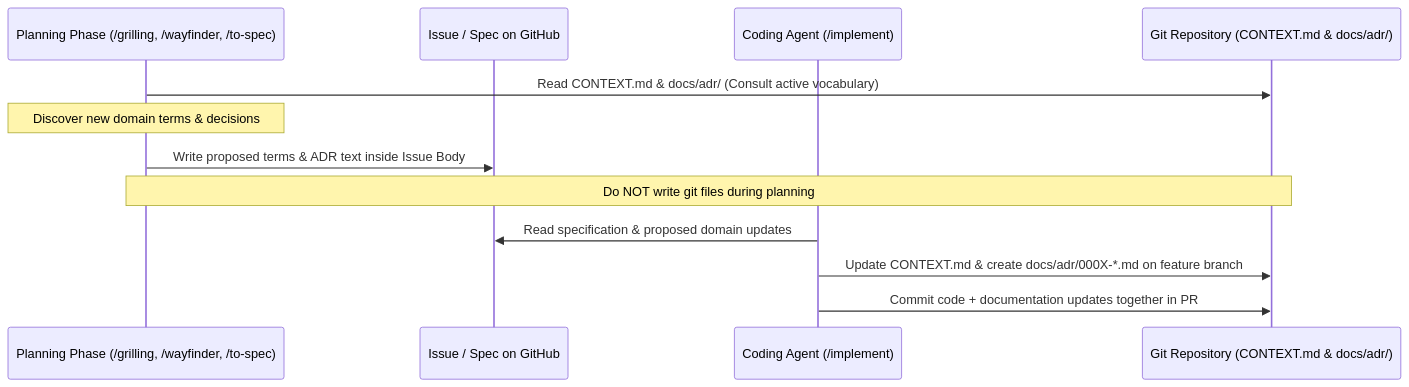
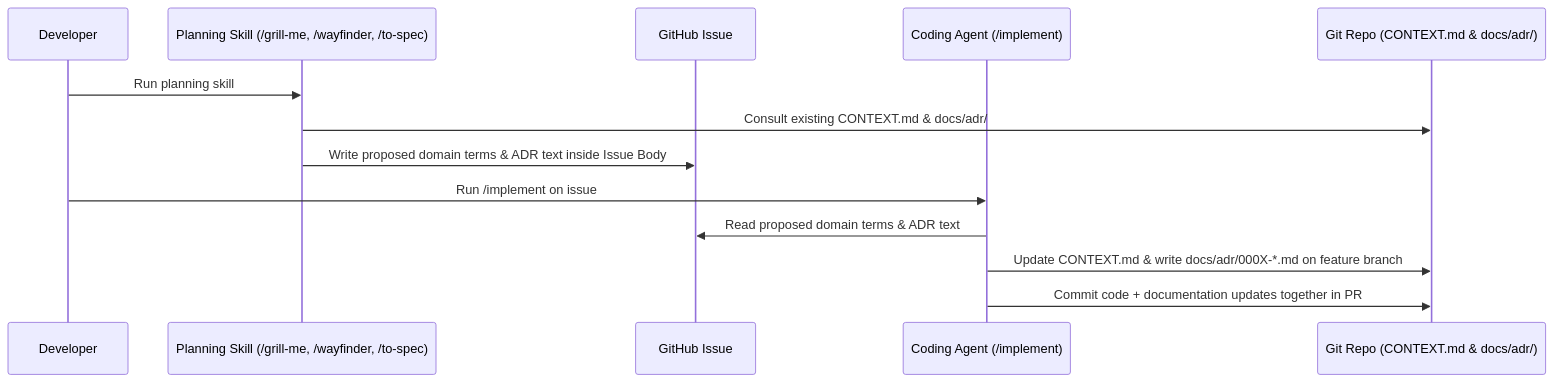
Before and after one commit to jackmaders/watchpoint: the seventh of 7 diagrams in docs/agents/workflows.md, drawn with Mermaid. The commit also changed other lines of this file, not shown here.

Commit message:
docs(agents): 🔗 streamline workflows to focus on skill sequencing and human handoffs

````diff
--- a/docs/agents/workflows.md
+++ b/docs/agents/workflows.md
@@ -194,15 +122,16 @@
 ```mermaid
 sequenceDiagram
-    participant P as Planning Phase (/grilling, /wayfinder, /to-spec)
-    participant I as Issue / Spec on GitHub
-    participant C as Coding Agent (/implement)
-    participant G as Git Repository (CONTEXT.md & docs/adr/)
+    participant Human as Developer
+    participant Planning as Planning Skill (/grill-me, /wayfinder, /to-spec)
+    participant Issue as GitHub Issue
+    participant Coding as Coding Agent (/implement)
+    participant Git as Git Repo (CONTEXT.md & docs/adr/)
 
-    P->>G: Read CONTEXT.md & docs/adr/ (Consult active vocabulary)
-    Note over P: Discover new domain terms & decisions
-    P->>I: Write proposed terms & ADR text inside Issue Body
-    Note over P,G: Do NOT write git files during planning
-    C->>I: Read specification & proposed domain updates
-    C->>G: Update CONTEXT.md & create docs/adr/000X-*.md on feature branch
-    C->>G: Commit code + documentation updates together in PR
+    Human->>Planning: Run planning skill
+    Planning->>Git: Consult existing CONTEXT.md & docs/adr/
+    Planning->>Issue: Write proposed domain terms & ADR text inside Issue Body
+    Human->>Coding: Run /implement on issue
+    Coding->>Issue: Read proposed domain terms & ADR text
+    Coding->>Git: Update CONTEXT.md & write docs/adr/000X-*.md on feature branch
+    Coding->>Git: Commit code + documentation updates together in PR
 ```
````
